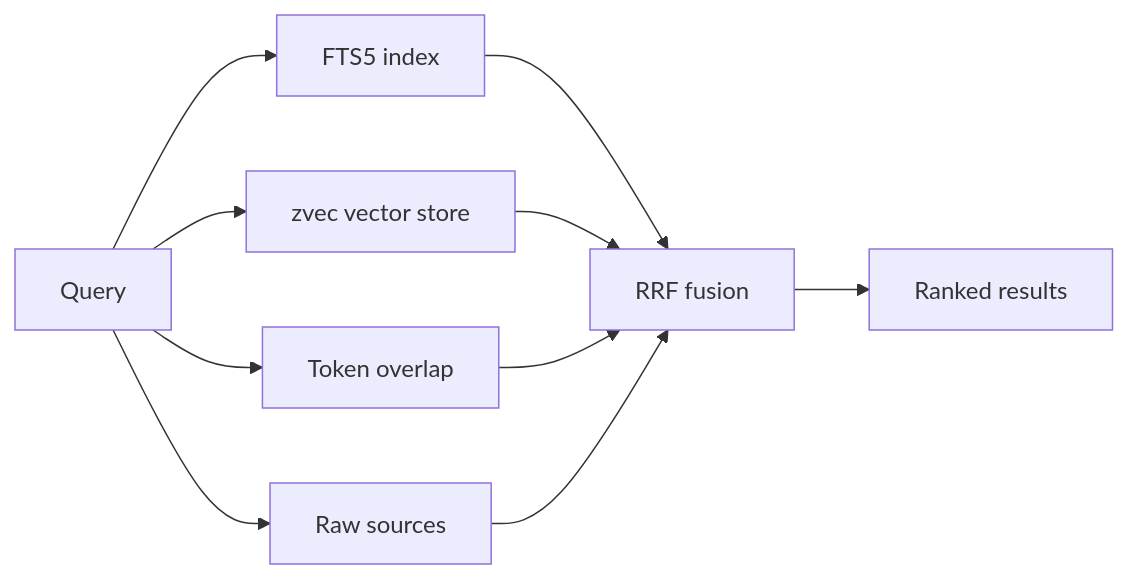
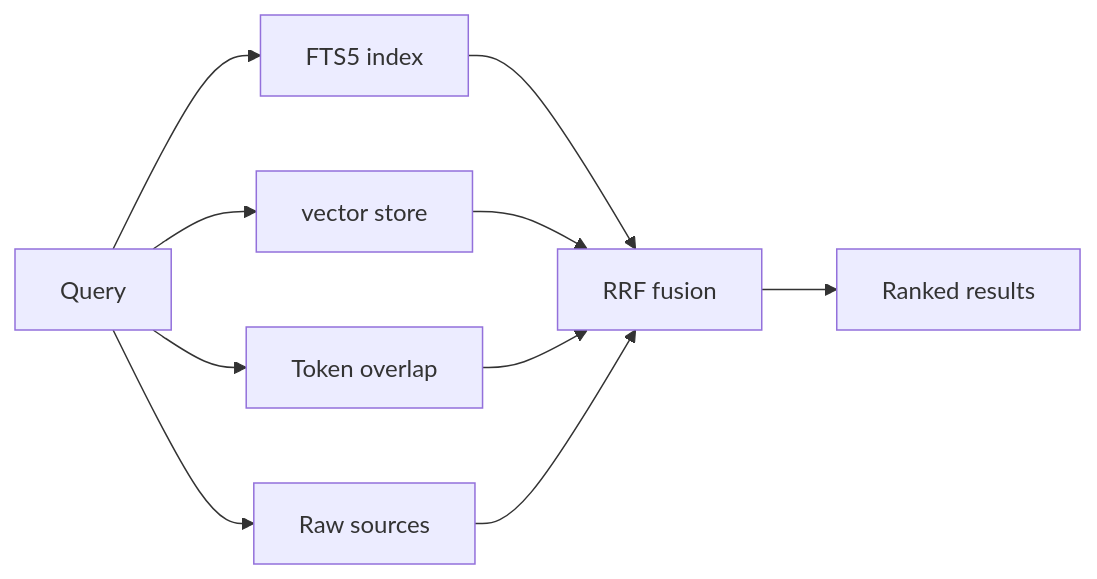
Before and after one commit to jr2804/kompend: the first of 3 diagrams in docs/guides/compilation.md, drawn with Mermaid. The commit also changed 64 other files, not shown here.

````diff
--- a/docs/guides/compilation.md
+++ b/docs/guides/compilation.md
@@ -100,12 +100,12 @@
 ```mermaid
 graph LR
     Q[Query] --> FTS[FTS5 index]
-    Q --> VEC[zvec vector store]
+    Q --> VEC[vector store]
     Q --> TOK[Token overlap]
     Q --> RAW[Raw sources]
     FTS --> RRF[RRF fusion]
     VEC --> RRF
     TOK --> RRF
     RAW --> RRF
     RRF --> R[Ranked results]
 ```
````
